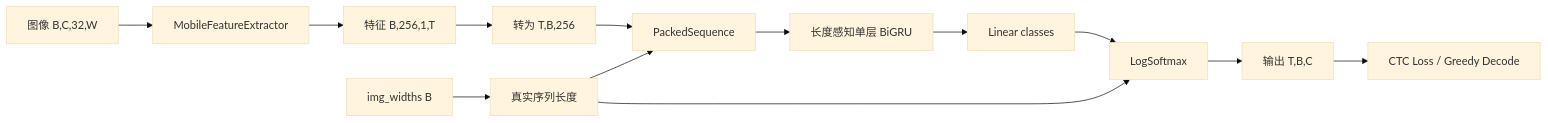
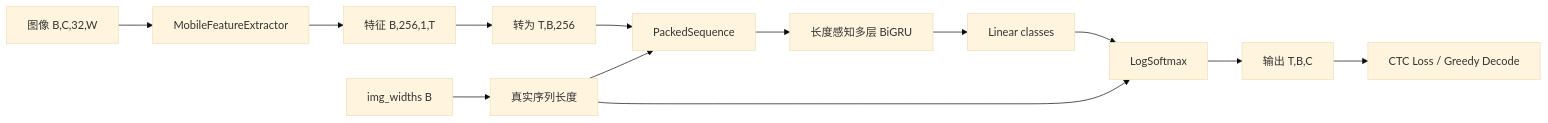
One commit to MAKENOTES/ocr-web changed the second of 2 diagrams in docs/recogniton/recognition.md. Above: the diagram before and after it, drawn with Mermaid (base theme). The commit also changed other lines of this file and 14 other files, not shown here.

````diff
--- a/docs/recogniton/recognition.md
+++ b/docs/recogniton/recognition.md
@@ -109,15 +109,15 @@
 ```mermaid
 flowchart LR
     X[图像 B,C,32,W] --> CNN[MobileFeatureExtractor]
     CNN --> F[特征 B,256,1,T]
     F --> T[转为 T,B,256]
     W[img_widths B] --> LEN[真实序列长度]
     T --> PACK[PackedSequence]
     LEN --> PACK
-    PACK --> GRU[长度感知单层 BiGRU]
+    PACK --> GRU[长度感知多层 BiGRU]
     GRU --> FC[Linear classes]
     FC --> LS[LogSoftmax]
     LEN --> LS
     LS --> Y[输出 T,B,C]
     Y --> CTC[CTC Loss / Greedy Decode]
 ```
````
